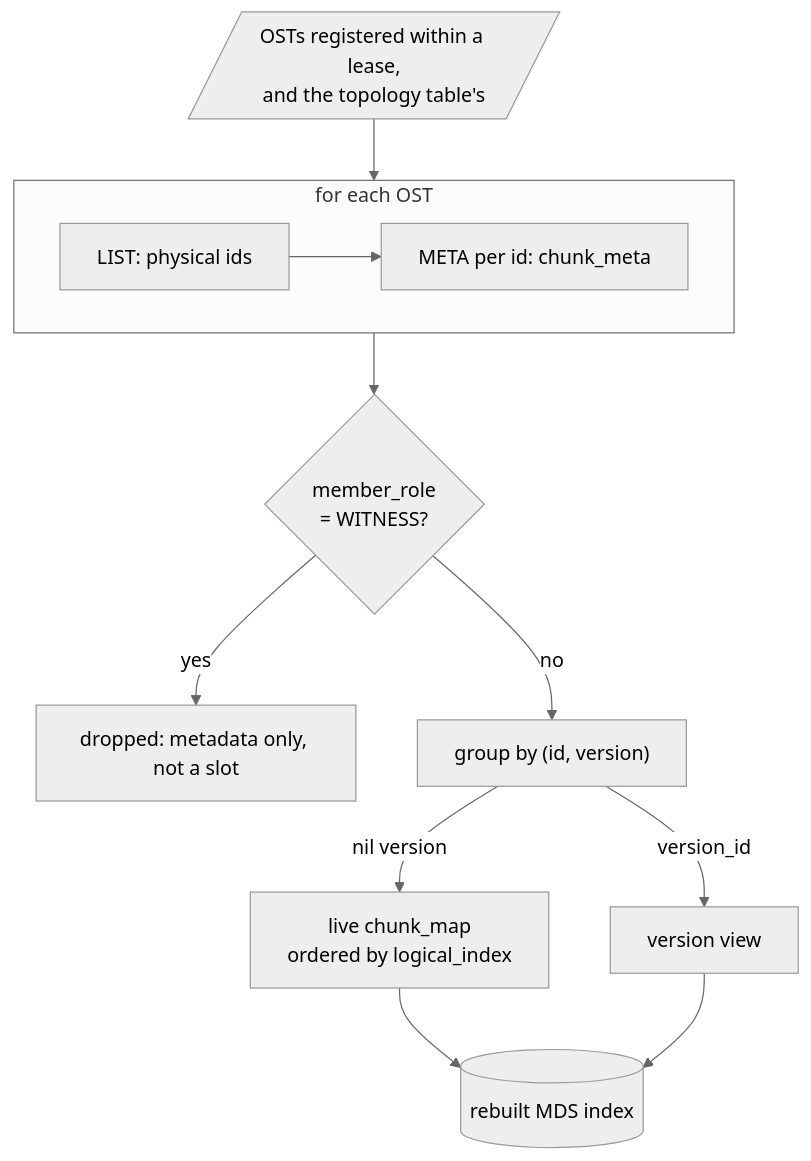
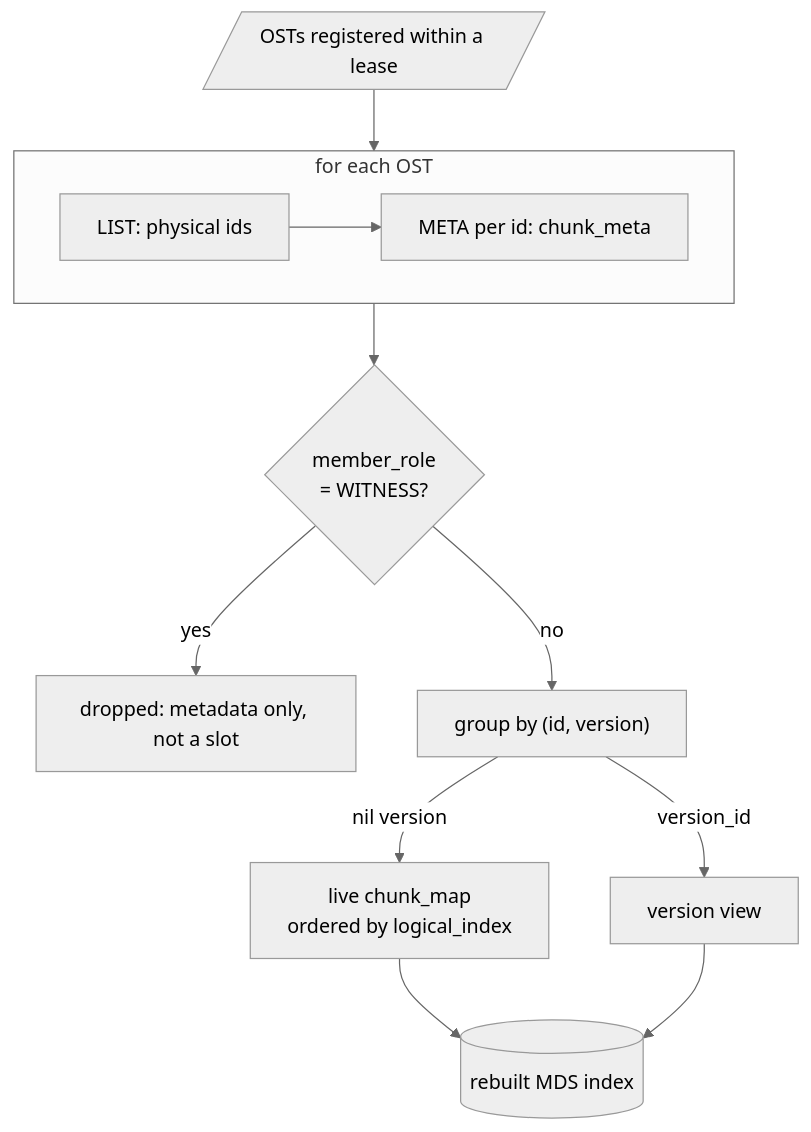
One commit to rawstor/librawstor changed the seventh of 7 diagrams in docs/mds.md. Above: the diagram before and after it, drawn with Mermaid (neutral theme). The commit also changed other lines of this file and 3 other files, not shown here.

First line of the commit message:
fix(mds): reconstruct waits a lease, not for the OSTs of the table

````diff
--- a/docs/mds.md
+++ b/docs/mds.md
@@ -1147,15 +1146,15 @@
 ```mermaid
 flowchart TB
-    T[/"OSTs registered within a lease,<br/>and the topology table's"/] --> Scan
+    T[/"OSTs registered within a lease"/] --> Scan
     subgraph Scan ["for each OST"]
         direction LR
         L["LIST: physical ids"] --> Me["META per id: chunk_meta"]
     end
     Scan --> W{"member_role<br/>= WITNESS?"}
     W -- yes --> Drop["dropped: metadata only, not a slot"]
     W -- no --> G["group by (id, version)"]
     G -- "nil version" --> Live["live chunk_map<br/>ordered by logical_index"]
     G -- "version_id" --> Version["version view"]
     Live --> DB[("rebuilt MDS index")]
     Version --> DB
 ```
````
